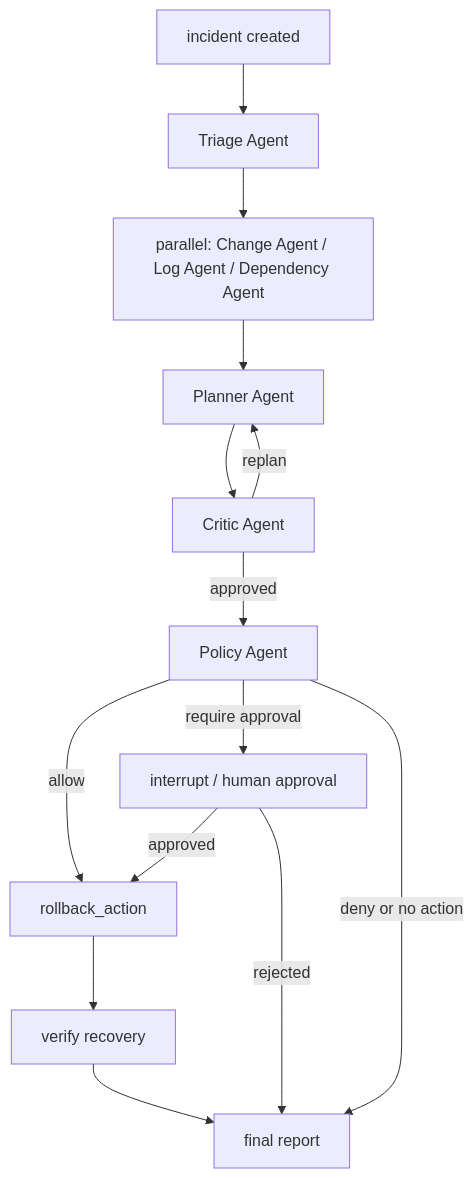
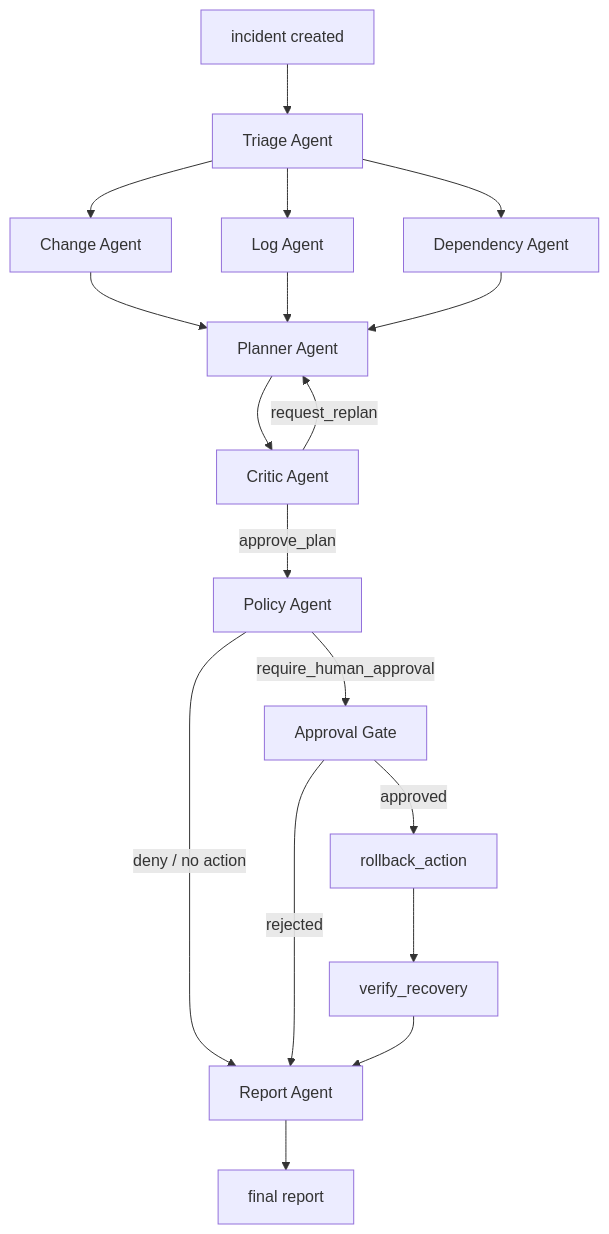
Before and after one commit to huadeng408/GraphOps: the second of 2 diagrams in README.md, drawn with Mermaid. The commit also changed other lines of this file and 40 other files, not shown here.

Commit message:
feat: finalize graphops multi-agent orchestration demo

````diff
--- a/README.md
+++ b/README.md
@@ -85,16 +106,20 @@
 ```mermaid
 flowchart TD
   A["incident created"] --> B["Triage Agent"]
-  B --> C["parallel: Change Agent / Log Agent / Dependency Agent"]
-  C --> D["Planner Agent"]
+  B --> C1["Change Agent"]
+  B --> C2["Log Agent"]
+  B --> C3["Dependency Agent"]
+  C1 --> D["Planner Agent"]
+  C2 --> D
+  C3 --> D
   D --> E["Critic Agent"]
-  E -->|replan| D
-  E -->|approved| F["Policy Agent"]
-  F -->|allow| G["rollback_action"]
-  F -->|require approval| H["interrupt / human approval"]
-  H -->|approved| G
-  H -->|rejected| J["final report"]
-  G --> I["verify recovery"]
-  I --> J["final report"]
-  F -->|deny or no action| J
+  E -->|request_replan| D
+  E -->|approve_plan| F["Policy Agent"]
+  F -->|require_human_approval| G["Approval Gate"]
+  F -->|deny / no action| J["Report Agent"]
+  G -->|approved| H["rollback_action"]
+  G -->|rejected| J
+  H --> I["verify_recovery"]
+  I --> J
+  J --> K["final report"]
 ```
````
